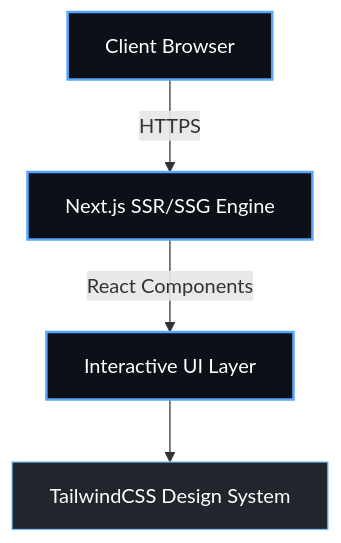
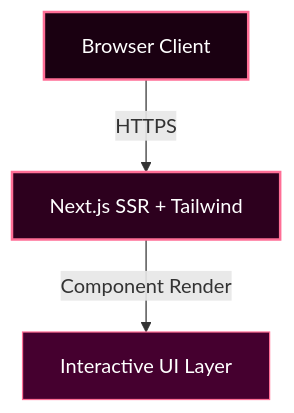
Before and after one commit to Nytrynox/complete-pdf: the diagram in README.md, drawn with Mermaid. The commit also changed other lines of this file, not shown here.

````diff
--- a/README.md
+++ b/README.md
@@ -32,13 +37,9 @@
 ```mermaid
 graph TD;
-    A["Client Browser"] -->|HTTPS| B["Next.js SSR/SSG Engine"];
-    B -->|React Components| C["Interactive UI Layer"];
-    C --> D["TailwindCSS Design System"];
+    A["Browser Client"] -->|"HTTPS"| B["Next.js SSR + Tailwind"];
+    B -->|"Component Render"| C["Interactive UI Layer"];
 
-    classDef frontend fill:#0d1117,stroke:#58a6ff,stroke-width:2px,color:#fff;
-    classDef backend fill:#161b22,stroke:#d2a8ff,stroke-width:2px,color:#fff;
-    classDef styling fill:#21262d,stroke:#79c0ff,stroke-width:1px,color:#fff;
-    class A,B,C frontend;
-    class D styling;
-    class E,F backend;
+    style A fill:#1a0011,stroke:#ff6e96,stroke-width:2px,color:#fff
+    style B fill:#2d001e,stroke:#ff6e96,stroke-width:2px,color:#fff
+    style C fill:#45002f,stroke:#ff6e96,stroke-width:1px,color:#fff
 ```
````
